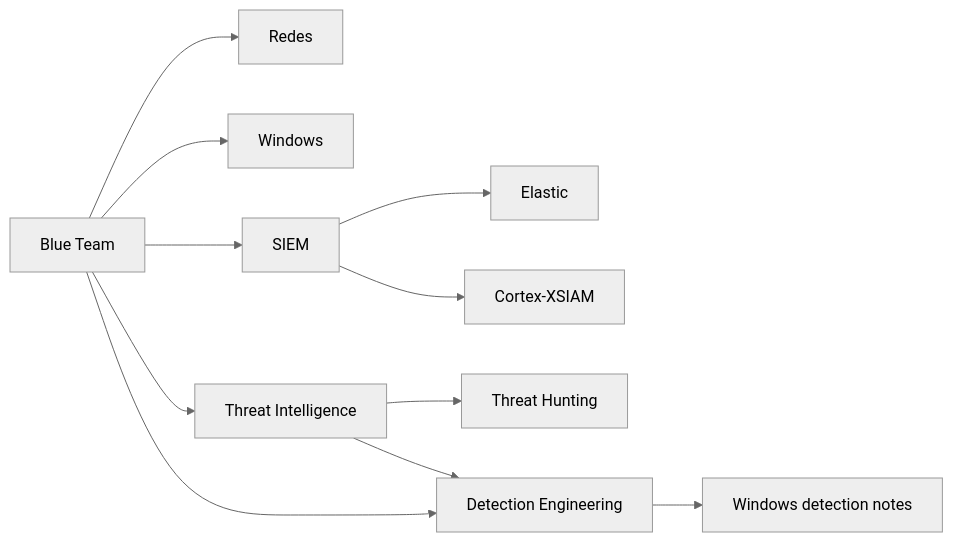
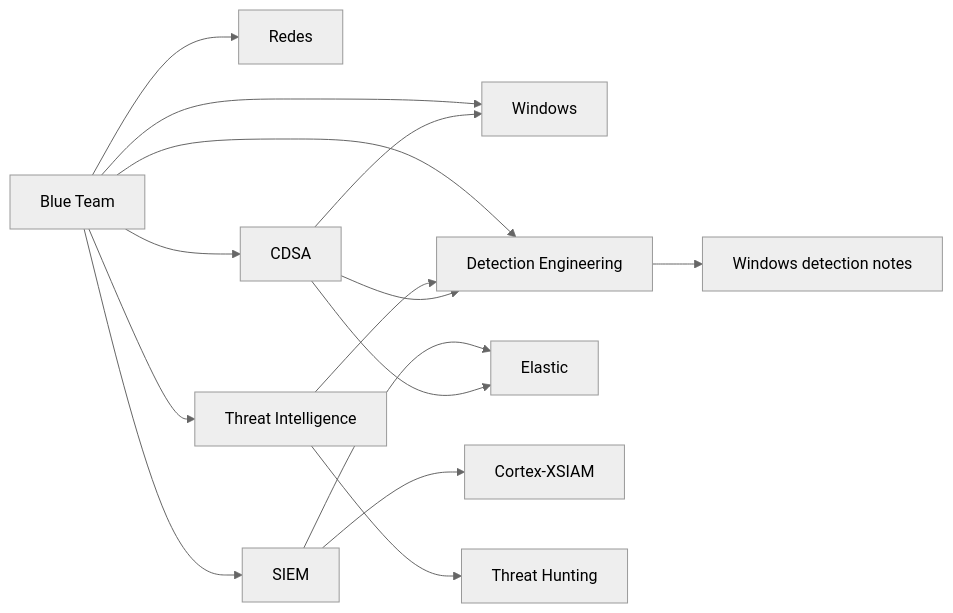
The diagram in Blue-Team/Blue-Team.md (Serch1102/nucleo-tecnico), drawn with Mermaid (neutral theme) before and after one commit. The commit also changed other lines of this file and 13 other files, not shown here.

````diff
--- a/Blue-Team/Blue-Team.md
+++ b/Blue-Team/Blue-Team.md
@@ -17,13 +18,17 @@
 ```mermaid
 flowchart LR
   BT["Blue Team"] --> Redes["Redes"]
   BT --> Windows["Windows"]
   BT --> SIEM["SIEM"]
   BT --> CTI["Threat Intelligence"]
   BT --> DE["Detection Engineering"]
+  BT --> CDSA["CDSA"]
   SIEM --> Elastic["Elastic"]
   SIEM --> XSIAM["Cortex-XSIAM"]
   CTI --> Hunt["Threat Hunting"]
   CTI --> DE
+  CDSA --> Elastic
+  CDSA --> Windows
+  CDSA --> DE
   DE --> WindowsDE["Windows detection notes"]
 ```
````
